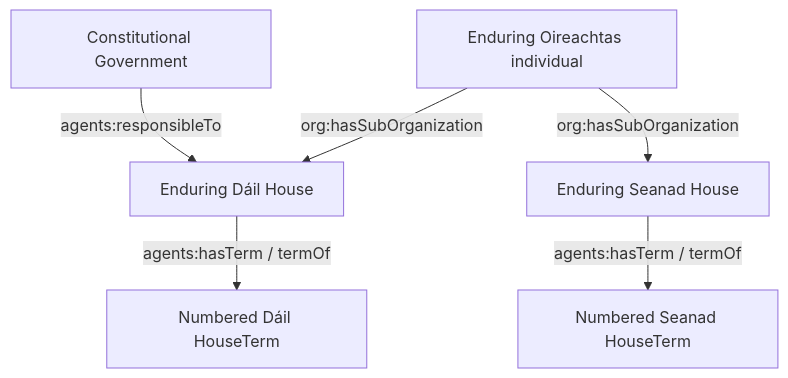
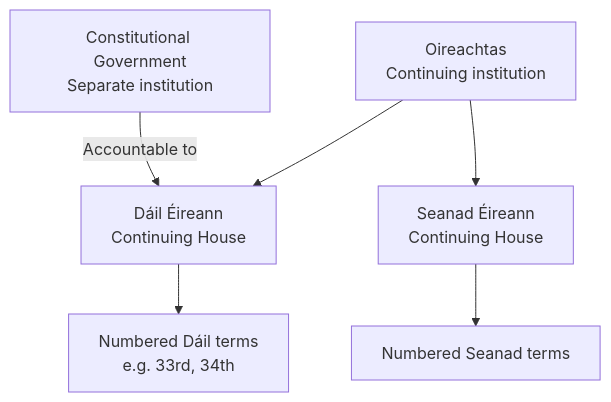
The second of 2 diagrams in docs/guides/ontology.md (stephenrigney/OireachtasOntology), drawn with Mermaid before and after one commit. The commit also changed other lines of this file, not shown here.

Commit message:
docs: rewrite ontology guide for Oireachtas readers

````diff
--- a/docs/guides/ontology.md
+++ b/docs/guides/ontology.md
@@ -54,8 +98,8 @@
 ```mermaid
-graph TD
-  O[Enduring Oireachtas individual] -->|org:hasSubOrganization| D[Enduring Dáil House]
-  O -->|org:hasSubOrganization| S[Enduring Seanad House]
-  D -->|agents:hasTerm / termOf| DT[Numbered Dáil HouseTerm]
-  S -->|agents:hasTerm / termOf| ST[Numbered Seanad HouseTerm]
-  G[Constitutional Government] -->|agents:responsibleTo| D
+flowchart TD
+  O["Oireachtas<br/>Continuing institution"] --> D["Dáil Éireann<br/>Continuing House"]
+  O --> S["Seanad Éireann<br/>Continuing House"]
+  D --> DT["Numbered Dáil terms<br/>e.g. 33rd, 34th"]
+  S --> ST["Numbered Seanad terms"]
+  G["Constitutional Government<br/>Separate institution"] -->|Accountable to| D
 ```
````
